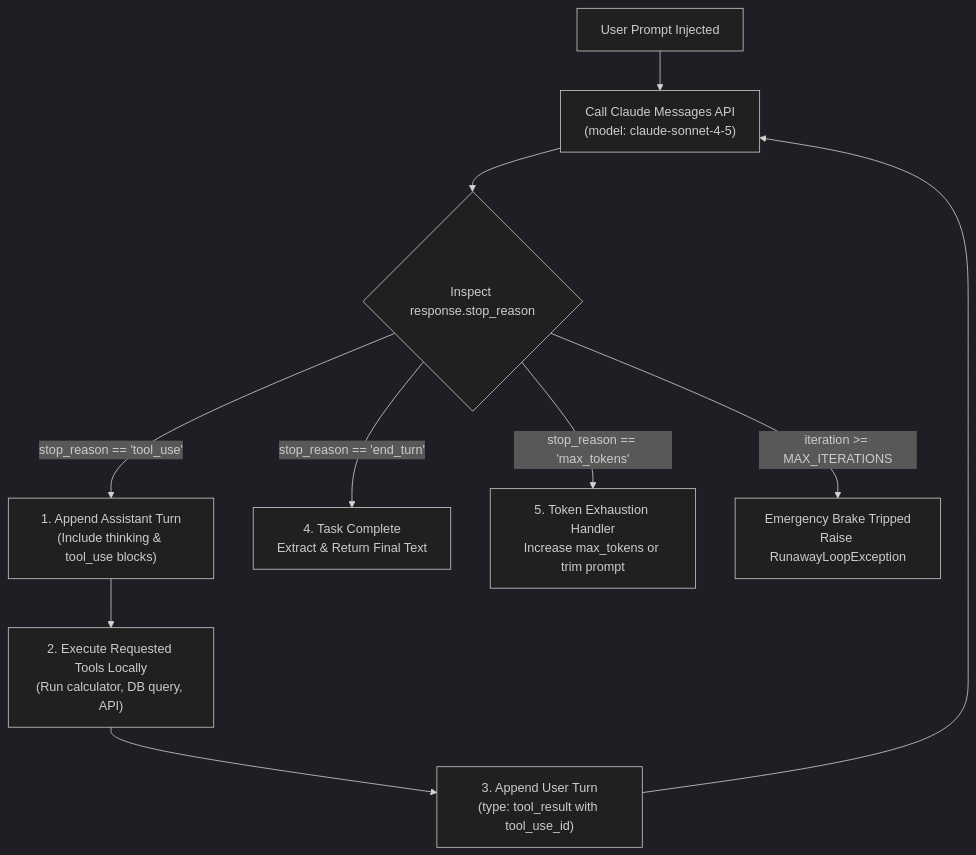
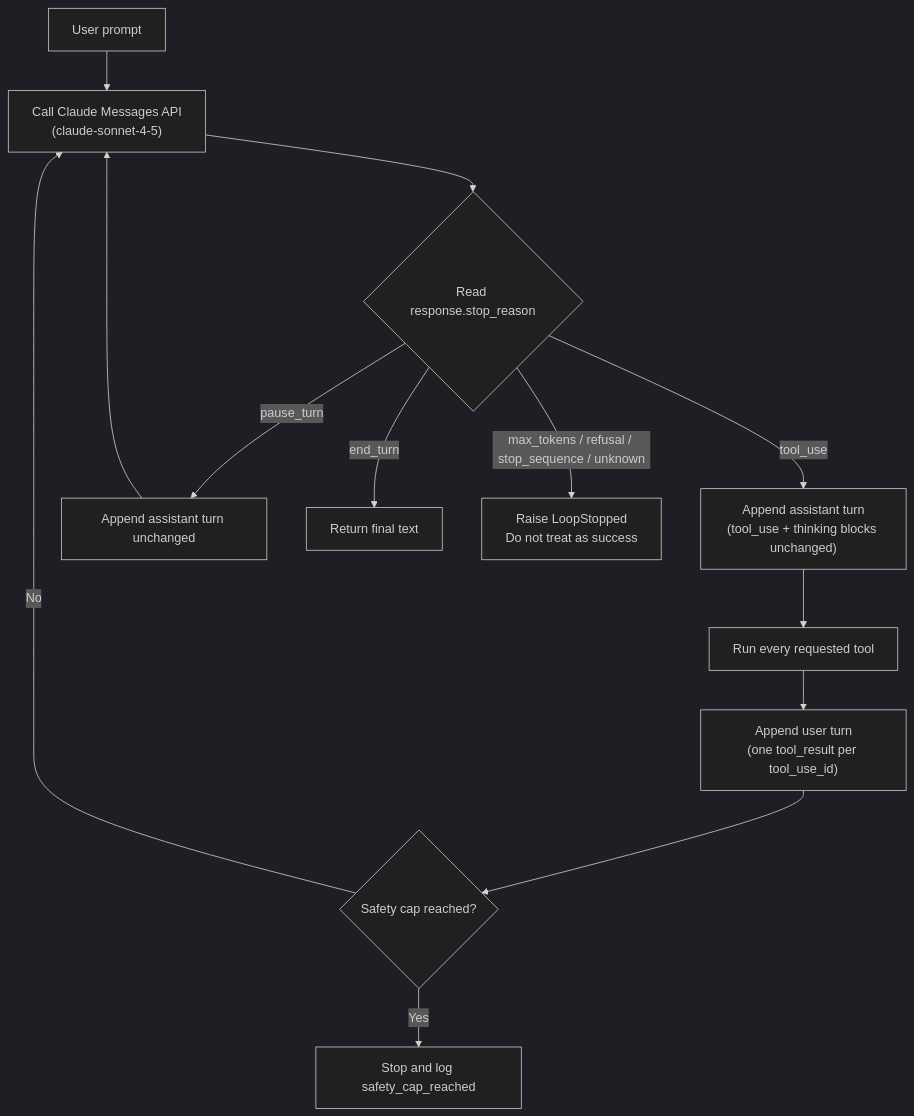
Before and after one commit to dip4k/claude_cert_architect_foundation_prep: the diagram in domain1/ts_1_1_multi_tool_agent_loop/README.md, drawn with Mermaid (dark theme). The commit also changed other lines of this file and 133 other files, not shown here.

````diff
--- a/domain1/ts_1_1_multi_tool_agent_loop/README.md
+++ b/domain1/ts_1_1_multi_tool_agent_loop/README.md
@@ -71,14 +100,17 @@
 ```mermaid
 flowchart TD
-    Start["User Prompt Injected"] --> SendRequest["Call Claude Messages API<br>(model: claude-sonnet-4-5)"]
-    SendRequest --> CheckStop{"Inspect response.stop_reason"}
-    
-    CheckStop -->|"stop_reason == 'tool_use'"| AppendAssistant["1. Append Assistant Turn<br>(Include thinking & tool_use blocks)"]
-    AppendAssistant --> ExecLocal["2. Execute Requested Tools Locally<br>(Run calculator, DB query, API)"]
-    ExecLocal --> AppendUser["3. Append User Turn<br>(type: tool_result with tool_use_id)"]
-    AppendUser --> SendRequest
-    
-    CheckStop -->|"stop_reason == 'end_turn'"| Terminate["4. Task Complete<br>Extract & Return Final Text"]
-    CheckStop -->|"stop_reason == 'max_tokens'"| HandleMaxTokens["5. Token Exhaustion Handler<br>Increase max_tokens or trim prompt"]
-    CheckStop -->|"iteration >= MAX_ITERATIONS"| TripCircuit["Emergency Brake Tripped<br>Raise RunawayLoopException"]
+    Start["User prompt"] --> Send["Call Claude Messages API<br>(claude-sonnet-4-5)"]
+    Send --> Check{"Read response.stop_reason"}
+
+    Check -->|"tool_use"| AppendA["Append assistant turn<br>(tool_use + thinking blocks unchanged)"]
+    AppendA --> Run["Run every requested tool"]
+    Run --> AppendU["Append user turn<br>(one tool_result per tool_use_id)"]
+    AppendU --> Cap{"Safety cap reached?"}
+    Cap -->|"No"| Send
+    Cap -->|"Yes"| CapStop["Stop and log safety_cap_reached"]
+
+    Check -->|"pause_turn"| Resume["Append assistant turn unchanged"]
+    Resume --> Send
+    Check -->|"end_turn"| Done["Return final text"]
+    Check -->|"max_tokens / refusal / stop_sequence / unknown"| Stop["Raise LoopStopped<br>Do not treat as success"]
 ```
````
